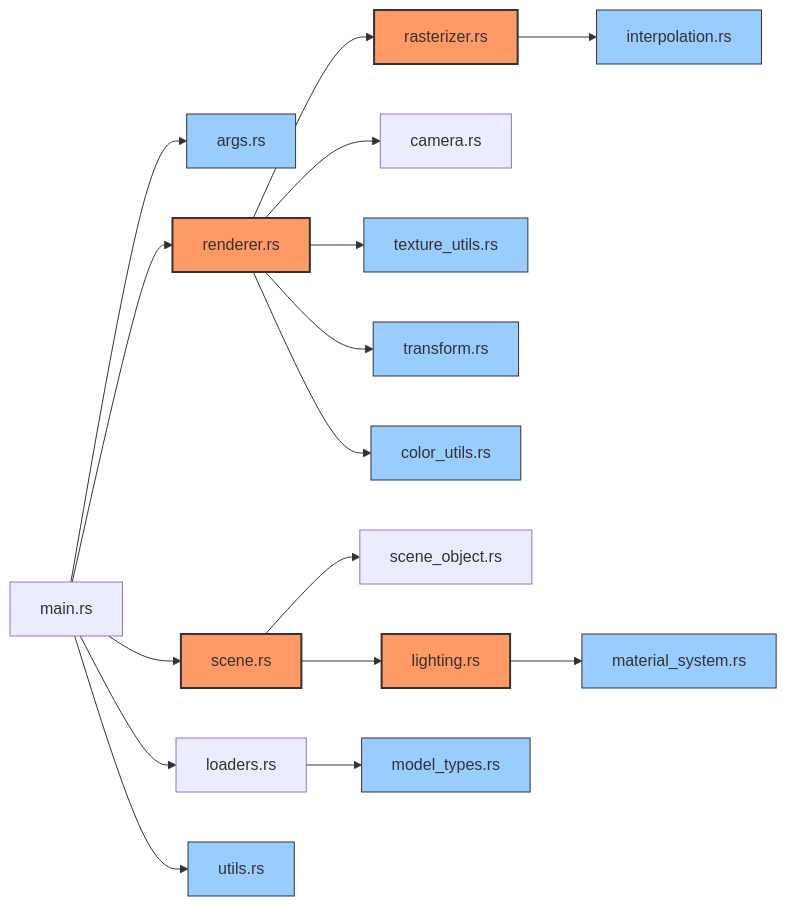
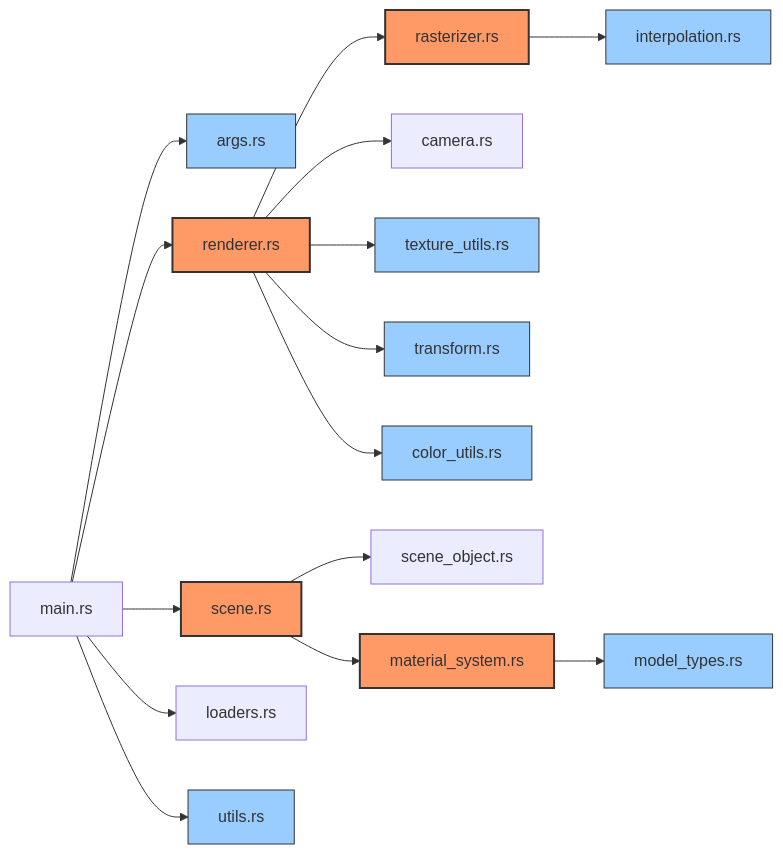
Before and after one commit to Rukkhadevata123/rasterizer-rust: the third of 5 diagrams in README.md, drawn with Mermaid. The commit also changed other lines of this file and 19 other files, not shown here.

````diff
--- a/README.md
+++ b/README.md
@@ -469,24 +462,23 @@
 ```mermaid
 graph LR
     A[main.rs] --> B[args.rs]
     A --> C[renderer.rs]
     A --> D[scene.rs]
     A --> E[loaders.rs]
     C --> F[rasterizer.rs]
     C --> G[camera.rs]
     D --> H[scene_object.rs]
-    D --> I[lighting.rs]
+    D --> I[material_system.rs]
     F --> J[interpolation.rs]
     C --> K[texture_utils.rs]
-    I --> L[material_system.rs]
-    E --> M[model_types.rs]
+    I --> L[model_types.rs]
     C --> N[transform.rs]
     C --> O[color_utils.rs]
     A --> P[utils.rs]
     
     classDef core fill:#f96,stroke:#333,stroke-width:2px;
     classDef utils fill:#9cf,stroke:#333,stroke-width:1px;
     
     class C,D,F,I core;
-    class B,J,K,L,M,N,O,P utils;
+    class B,J,K,L,N,O,P utils;
 ```
````
